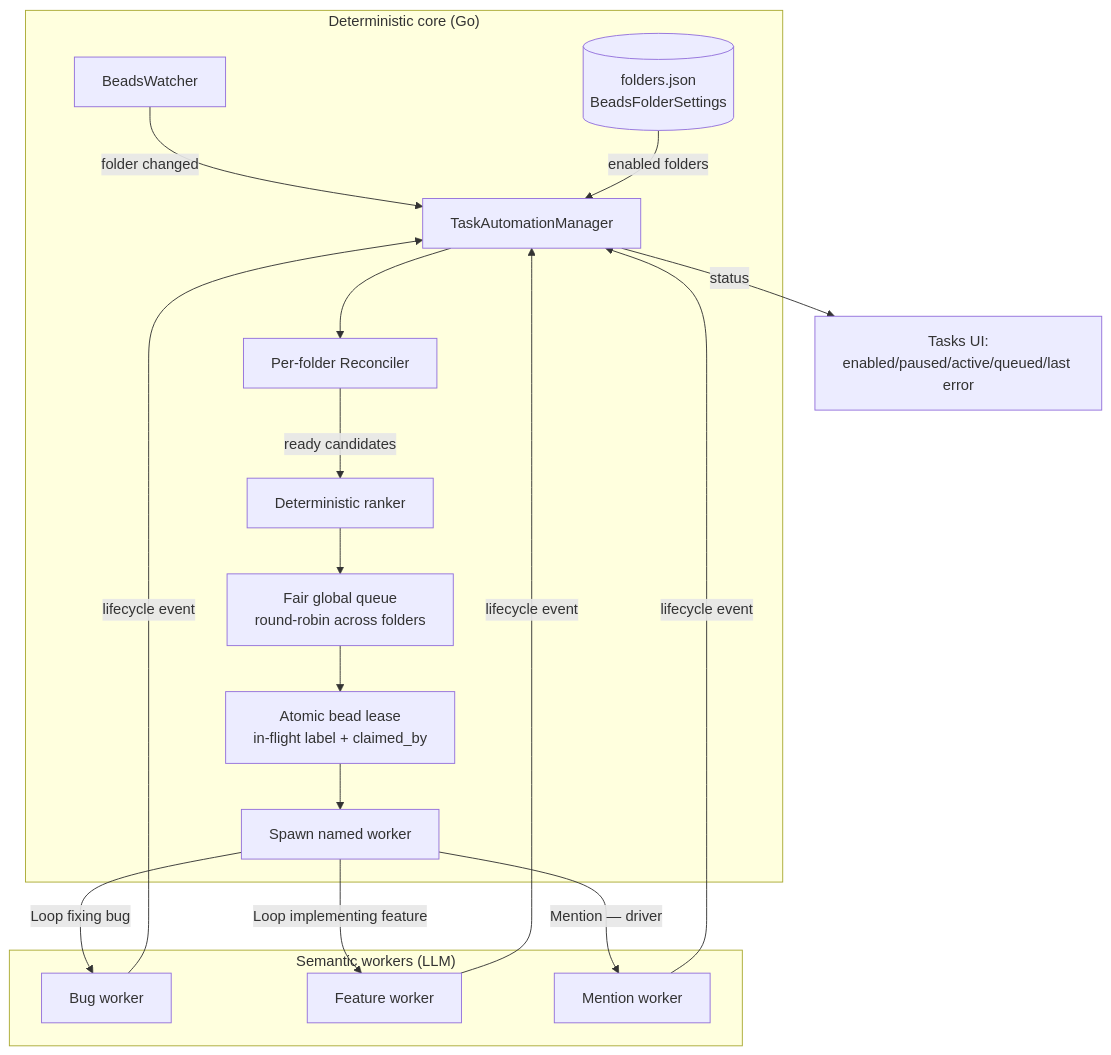
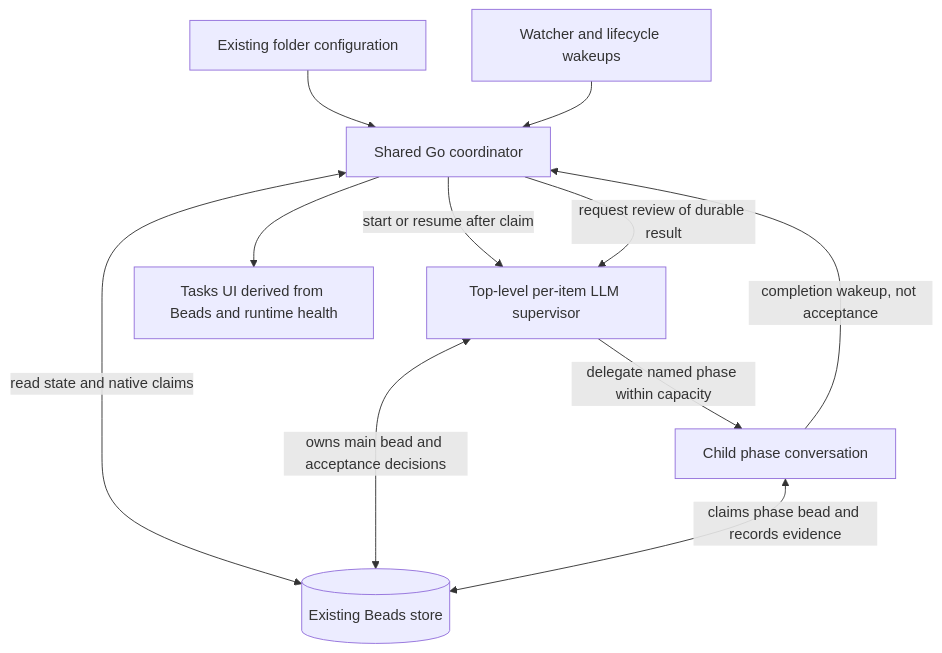
The diagram in docs/devel/task-automation-manager.md (inercia/mitto), drawn with Mermaid before and after one commit. The commit also changed other lines of this file and 231 other files, not shown here.

````diff
--- a/docs/devel/task-automation-manager.md
+++ b/docs/devel/task-automation-manager.md
@@ -78,23 +100,13 @@
 ```mermaid
 flowchart TB
-    subgraph "Deterministic core (Go)"
-        BW[BeadsWatcher] -->|folder changed| TAM[TaskAutomationManager]
-        FS[(folders.json<br/>BeadsFolderSettings)] -->|enabled folders| TAM
-        TAM --> REC[Per-folder Reconciler]
-        REC -->|ready candidates| RANK[Deterministic ranker]
-        RANK --> FAIR[Fair global queue<br/>round-robin across folders]
-        FAIR --> LEASE[Atomic bead lease<br/>in-flight label + claimed_by]
-        LEASE --> SPAWN[Spawn named worker]
-    end
-
-    subgraph "Semantic workers (LLM)"
-        SPAWN -->|Loop fixing bug| WBUG[Bug worker]
-        SPAWN -->|Loop implementing feature| WFEAT[Feature worker]
-        SPAWN -->|Mention — driver| WMEN[Mention worker]
-    end
-
-    WBUG -->|lifecycle event| TAM
-    WFEAT -->|lifecycle event| TAM
-    WMEN -->|lifecycle event| TAM
-    TAM -->|status| UI[Tasks UI:<br/>enabled/paused/active/queued/last error]
+    CFG[Existing folder configuration] --> TAM[Shared Go coordinator]
+    BW[Watcher and lifecycle wakeups] --> TAM
+    TAM <-->|read state and native claims| B[(Existing Beads store)]
+    TAM -->|start or resume after claim| SUP[Top-level per-item LLM supervisor]
+    SUP <-->|owns main bead and acceptance decisions| B
+    SUP -->|delegate named phase within capacity| WORK[Child phase conversation]
+    WORK <-->|claims phase bead and records evidence| B
+    WORK -->|completion wakeup, not acceptance| TAM
+    TAM -->|request review of durable result| SUP
+    TAM --> UI[Tasks UI derived from Beads and runtime health]
 ```
````
